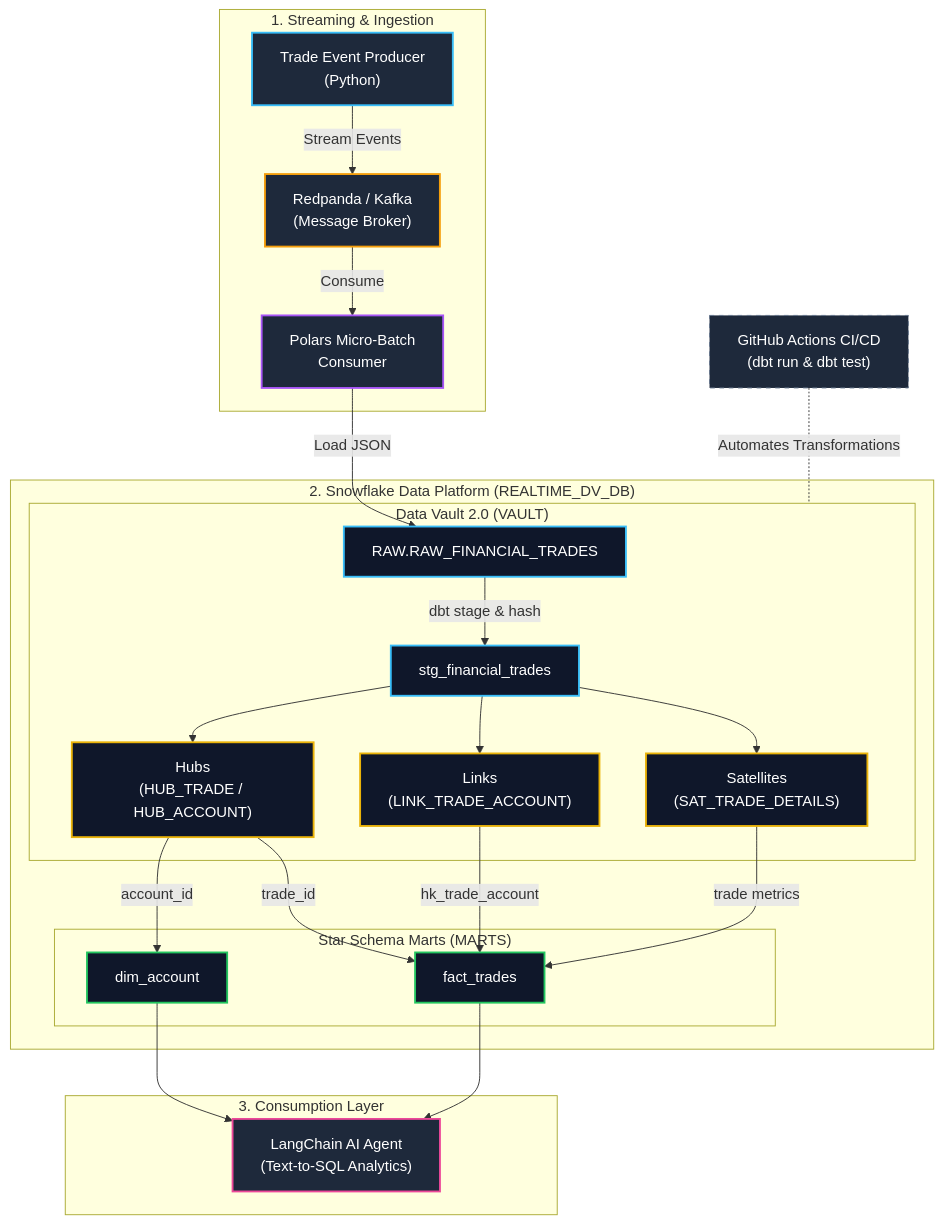
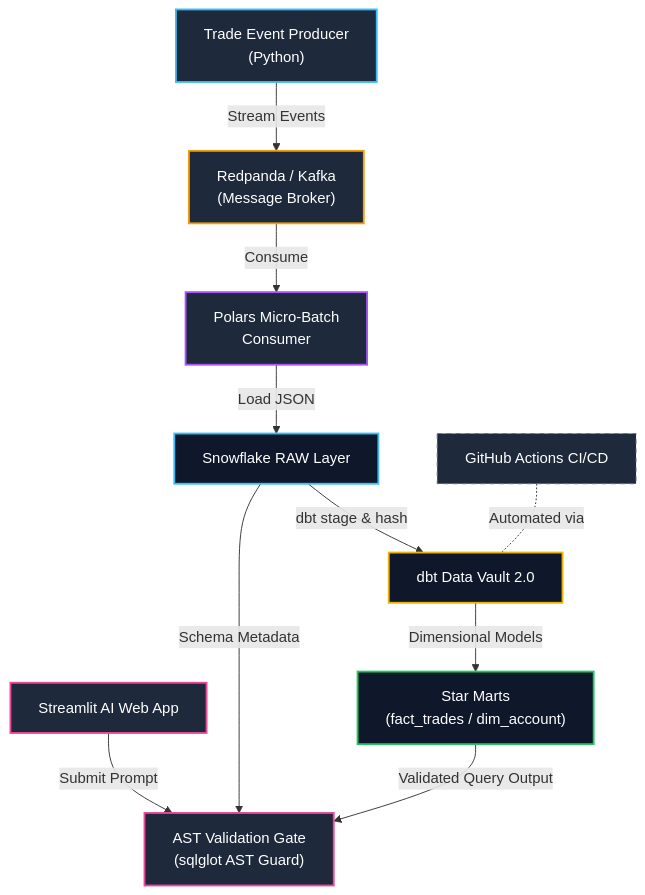
Before and after one commit to vrrgithub1/realtime-data-vault-engine: the diagram in README.md, drawn with Mermaid. The commit also changed other lines of this file, not shown here.

````diff
--- a/README.md
+++ b/README.md
@@ -7,45 +9,26 @@
 ```mermaid
 flowchart TD
     %% Custom Styling
     classDef producer fill:#1e293b,stroke:#38bdf8,stroke-width:2px,color:#fff
     classDef broker fill:#1e293b,stroke:#f59e0b,stroke-width:2px,color:#fff
     classDef ingestion fill:#1e293b,stroke:#a855f7,stroke-width:2px,color:#fff
     classDef raw fill:#0f172a,stroke:#38bdf8,stroke-width:2px,color:#fff
     classDef dv fill:#0f172a,stroke:#eab308,stroke-width:2px,color:#fff
     classDef mart fill:#0f172a,stroke:#22c55e,stroke-width:2px,color:#fff
     classDef ai fill:#1e293b,stroke:#ec4899,stroke-width:2px,color:#fff
     classDef cicd fill:#1e293b,stroke:#64748b,stroke-dasharray: 5 5,color:#fff
 
-    %% Event Streaming & Ingestion
-    subgraph StreamLayer ["1. Streaming & Ingestion"]
-        P["Trade Event Producer<br/>(Python)"]:::producer -->|Stream Events| B["Redpanda / Kafka<br/>(Message Broker)"]:::broker
-        B -->|Consume| C["Polars Micro-Batch<br/>Consumer"]:::ingestion
-    end
-
-    %% Snowflake Platform
-    subgraph Snowflake ["2. Snowflake Data Platform (REALTIME_DV_DB)"]
-        C -->|Load JSON| RAW["RAW.RAW_FINANCIAL_TRADES"]:::raw
-        
-        subgraph Vault ["Data Vault 2.0 (VAULT)"]
-            RAW -->|dbt stage & hash| STG["stg_financial_trades"]:::raw
-            STG --> HUBS["Hubs<br/>(HUB_TRADE / HUB_ACCOUNT)"]:::dv
-            STG --> LINKS["Links<br/>(LINK_TRADE_ACCOUNT)"]:::dv
-            STG --> SATS["Satellites<br/>(SAT_TRADE_DETAILS)"]:::dv
-        end
-        
-        subgraph Marts ["Star Schema Marts (MARTS)"]
-            HUBS -->|account_id| DIM["dim_account"]:::mart
-            HUBS -->|trade_id| FACT["fact_trades"]:::mart
-            LINKS -->|hk_trade_account| FACT
-            SATS -->|trade metrics| FACT
-        end
-    end
-
-    %% Downstream & CI/CD
-    subgraph AI ["3. Consumption Layer"]
-        DIM --> AGENT["LangChain AI Agent<br/>(Text-to-SQL Analytics)"]:::ai
-        FACT --> AGENT
-    end
-
-    CICD["GitHub Actions CI/CD<br/>(dbt run & dbt test)"]:::cicd -.-|Automates Transformations| Vault
+    %% Nodes & Connections
+    PRODUCER["Trade Event Producer<br/>(Python)"]:::producer -->|Stream Events| BROKER["Redpanda / Kafka<br/>(Message Broker)"]:::broker
+    BROKER -->|Consume| CONSUMER["Polars Micro-Batch<br/>Consumer"]:::ingestion
+    
+    CONSUMER -->|Load JSON| RAW["Snowflake RAW Layer"]:::raw
+    RAW -->|dbt stage & hash| DV["dbt Data Vault 2.0"]:::dv
+    DV -->|Dimensional Models| MARTS["Star Marts<br/>(fact_trades / dim_account)"]:::mart
+    
+    APP["Streamlit AI Web App"]:::ai -->|Submit Prompt| AST["AST Validation Gate<br/>(sqlglot AST Guard)"]:::ai
+    RAW -->|Schema Metadata| AST
+    MARTS -->|Validated Query Output| AST
+    
+    CICD["GitHub Actions CI/CD"]:::cicd -.-|Automated via| DV
 ```
````
